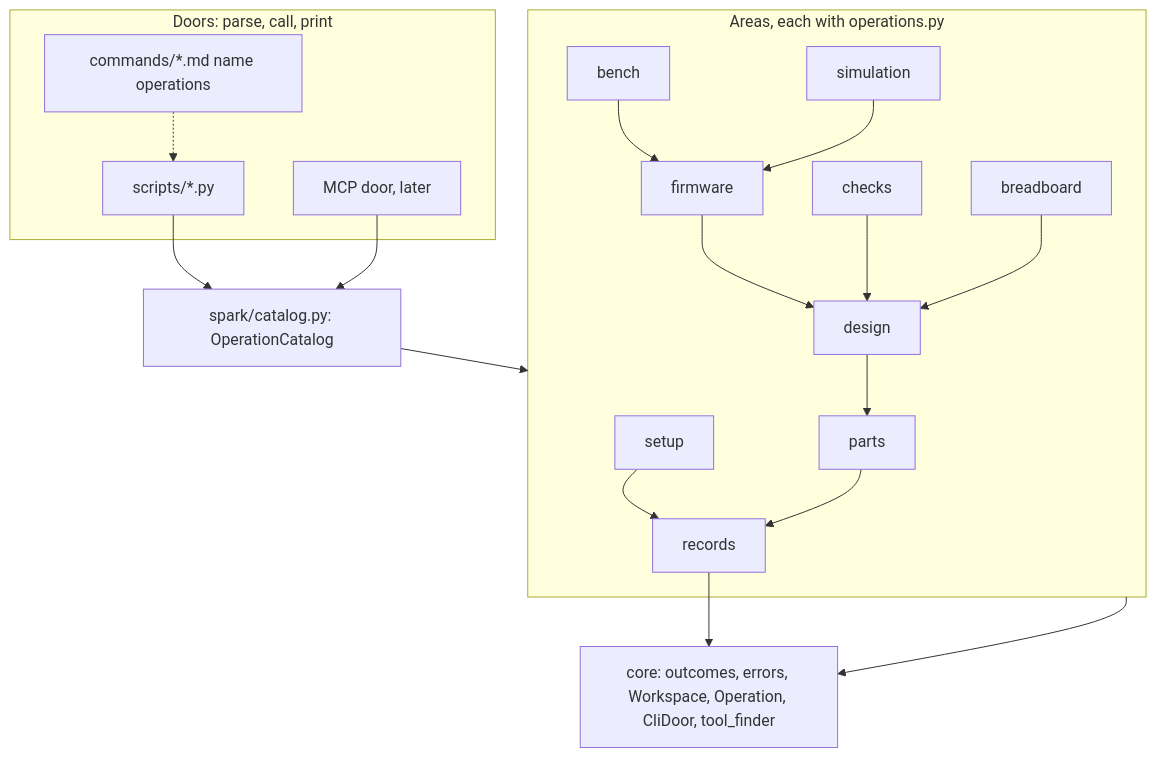
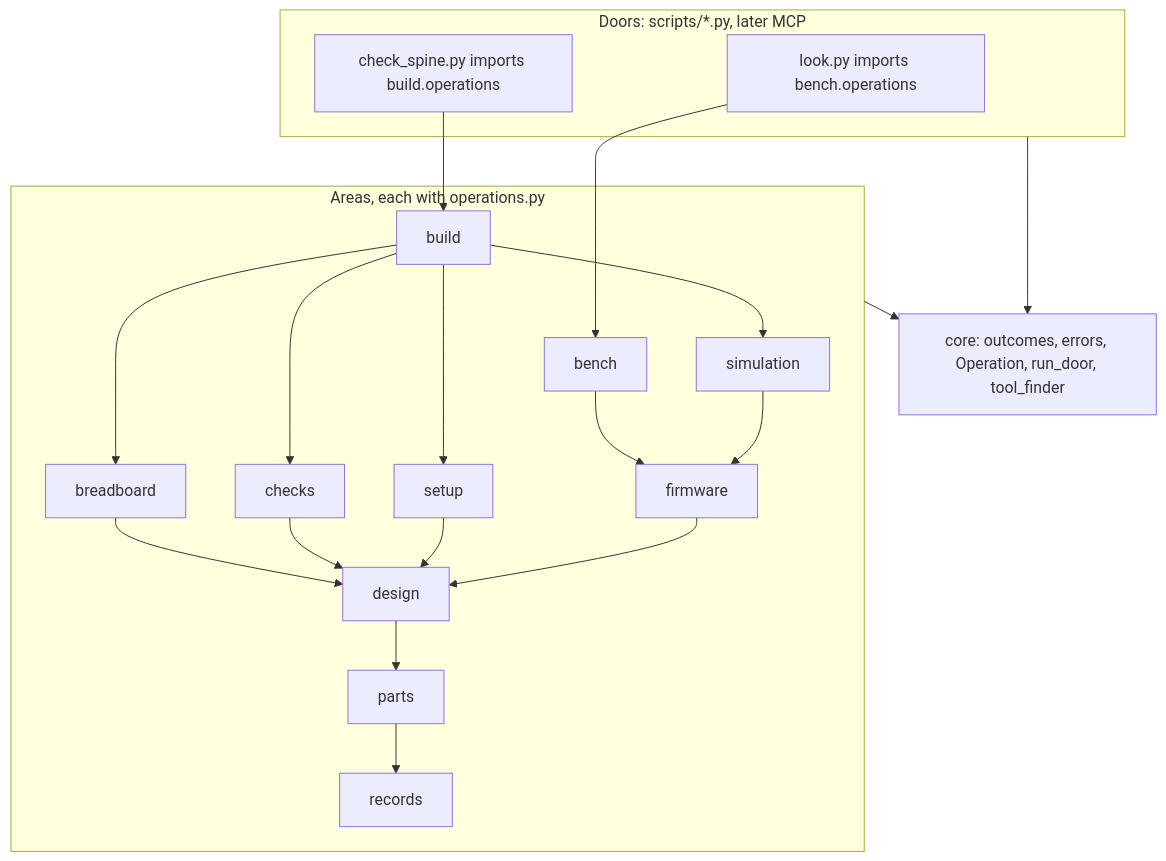
One commit to xmejkal/spark changed the first of 3 diagrams in docs/discovery/2026-10-19-p323-target-architecture/design.md. Above: the diagram before and after it, drawn with Mermaid. The commit also changed other lines of this file, not shown here.

First line of the commit message:
P323: the refuter's nine findings folded into the design

````diff
--- a/docs/discovery/2026-10-19-p323-target-architecture/design.md
+++ b/docs/discovery/2026-10-19-p323-target-architecture/design.md
@@ -59,26 +76,26 @@
 ```mermaid
 flowchart TB
-  subgraph Doors["Doors: parse, call, print"]
-    CLI["scripts/*.py"]
-    MCP["MCP door, later"]
-    PAGES["commands/*.md name operations"]
+  subgraph Doors["Doors: scripts/*.py, later MCP"]
+    D1["look.py imports bench.operations"]
+    D2["check_spine.py imports build.operations"]
   end
-  CAT["spark/catalog.py: OperationCatalog"]
   subgraph Areas["Areas, each with operations.py"]
-    SETUP[setup] --> REC
+    BUILD[build] --> BB[breadboard]
+    BUILD --> SIM[simulation]
+    BUILD --> CHK[checks]
+    BUILD --> SETUP[setup]
     BENCH[bench] --> FW[firmware]
-    SIM[simulation] --> FW
-    FW --> DES[design]
-    CHK[checks] --> DES
-    BB[breadboard] --> DES
+    SIM --> FW
+    BB --> DES[design]
+    CHK --> DES
+    SETUP --> DES
+    FW --> DES
     DES --> PARTS[parts]
     PARTS --> REC[records]
   end
-  CORE["core: outcomes, errors, Workspace, Operation, CliDoor, tool_finder"]
-  CLI --> CAT
-  MCP --> CAT
-  PAGES -.-> CLI
-  CAT --> Areas
-  REC --> CORE
+  CORE["core: outcomes, errors, Operation, run_door, tool_finder"]
+  D1 --> BENCH
+  D2 --> BUILD
+  Doors --> CORE
   Areas --> CORE
 ```
````
